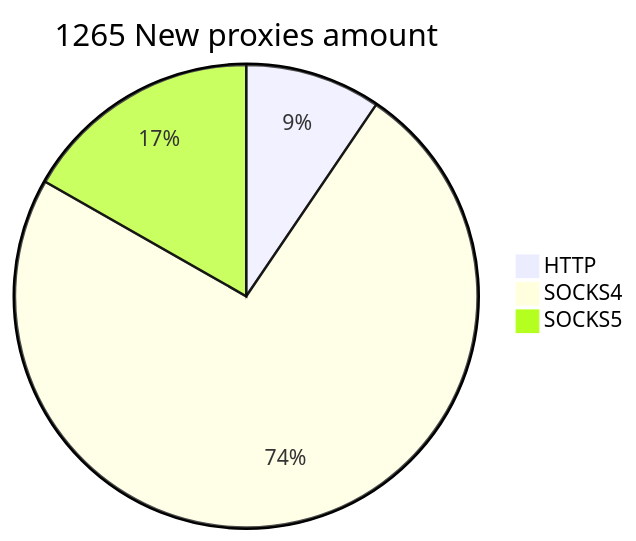
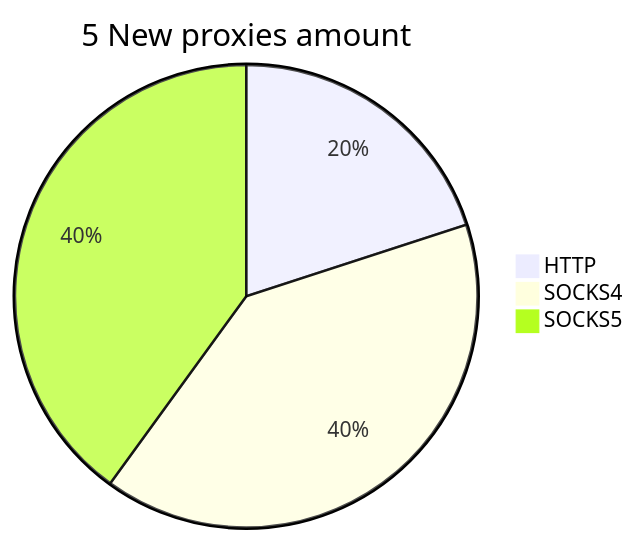
One commit to cutipu/proxylist changed the second of 2 diagrams in README.md. Above: the diagram before and after it, drawn with Mermaid. The commit also changed other lines of this file, not shown here.

````diff
--- a/README.md
+++ b/README.md
@@ -10,6 +10,6 @@
 ```mermaid
-pie title 1265 New proxies amount
-    "HTTP" : 120
-    "SOCKS4" : 933
-    "SOCKS5" : 212
+pie title 5 New proxies amount
+    "HTTP" : 1
+    "SOCKS4" : 2
+    "SOCKS5" : 2
 ```
````
